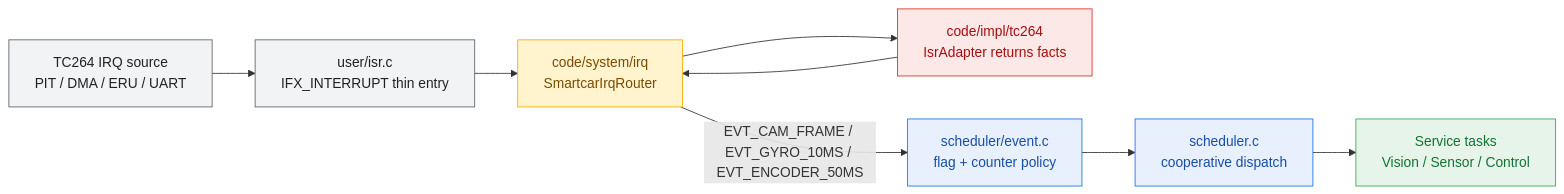
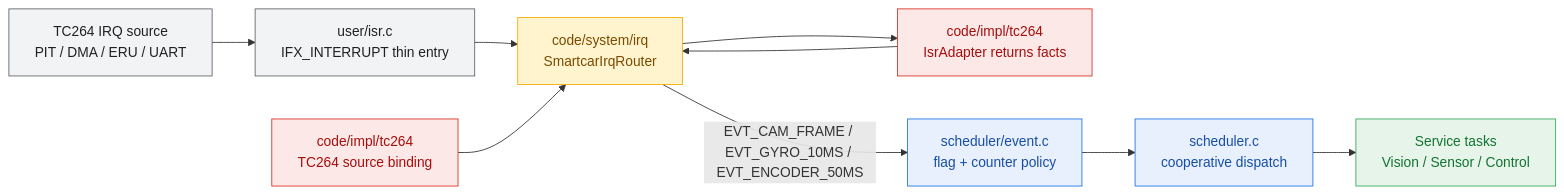
Before and after one commit to ParacosmYy/GS_Smart_car: the second of 2 diagrams in README.md, drawn with Mermaid. The commit also changed other lines of this file and 24 other files, not shown here.

````diff
--- a/README.md
+++ b/README.md
@@ -98,24 +117,26 @@
 ```mermaid
 flowchart LR
     classDef sdk fill:#f1f3f4,stroke:#5f6368,color:#202124
     classDef system fill:#fff4ce,stroke:#f9ab00,color:#7a4b00
     classDef impl fill:#fce8e6,stroke:#d93025,color:#a50e0e
     classDef sched fill:#e8f0fe,stroke:#1a73e8,color:#174ea6
     classDef service fill:#e6f4ea,stroke:#34a853,color:#137333
 
     HW["TC264 IRQ source<br/>PIT / DMA / ERU / UART"]:::sdk
     SDK["user/isr.c<br/>IFX_INTERRUPT thin entry"]:::sdk
+    BINDING["code/impl/tc264<br/>TC264 source binding"]:::impl
     ROUTER["code/system/irq<br/>SmartcarIrqRouter"]:::system
     ADAPTER["code/impl/tc264<br/>IsrAdapter returns facts"]:::impl
     EVENTS["scheduler/event.c<br/>flag + counter policy"]:::sched
     SCHED["scheduler.c<br/>cooperative dispatch"]:::sched
     TASKS["Service tasks<br/>Vision / Sensor / Control"]:::service
 
     HW --> SDK
     SDK --> ROUTER
+    BINDING --> ROUTER
     ROUTER --> ADAPTER
     ADAPTER --> ROUTER
     ROUTER -->|EVT_CAM_FRAME / EVT_GYRO_10MS / EVT_ENCODER_50MS| EVENTS
     EVENTS --> SCHED
     SCHED --> TASKS
 ```
````
